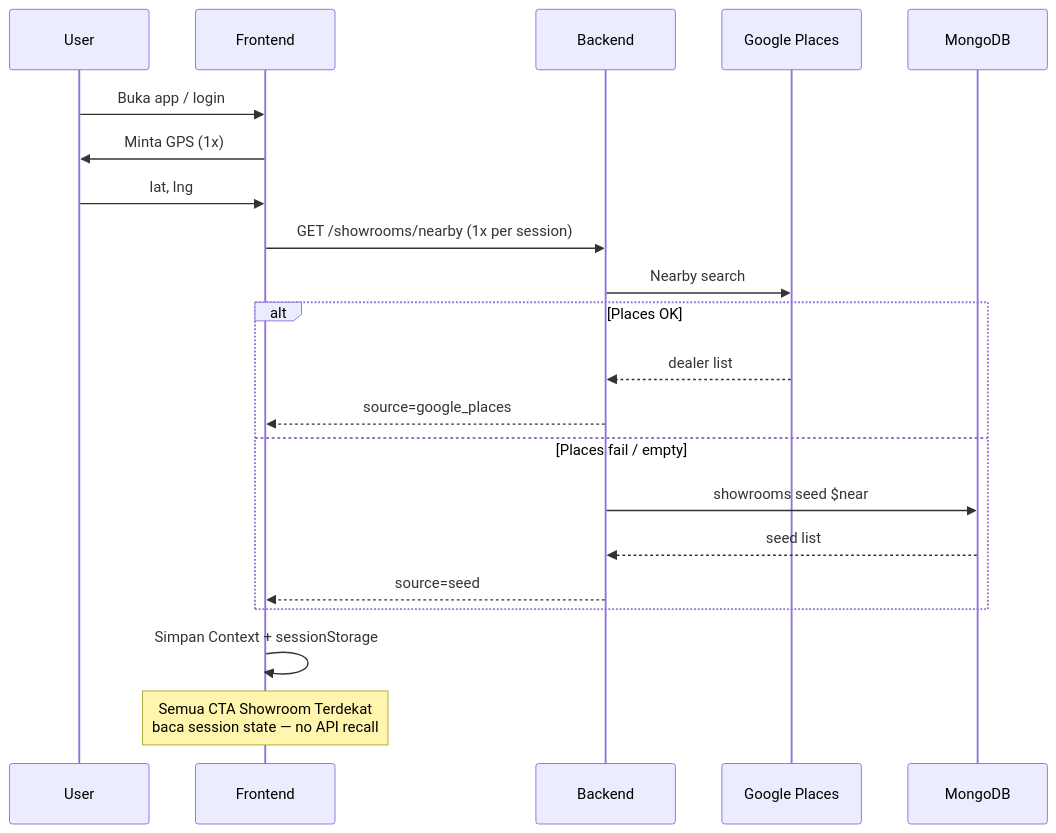
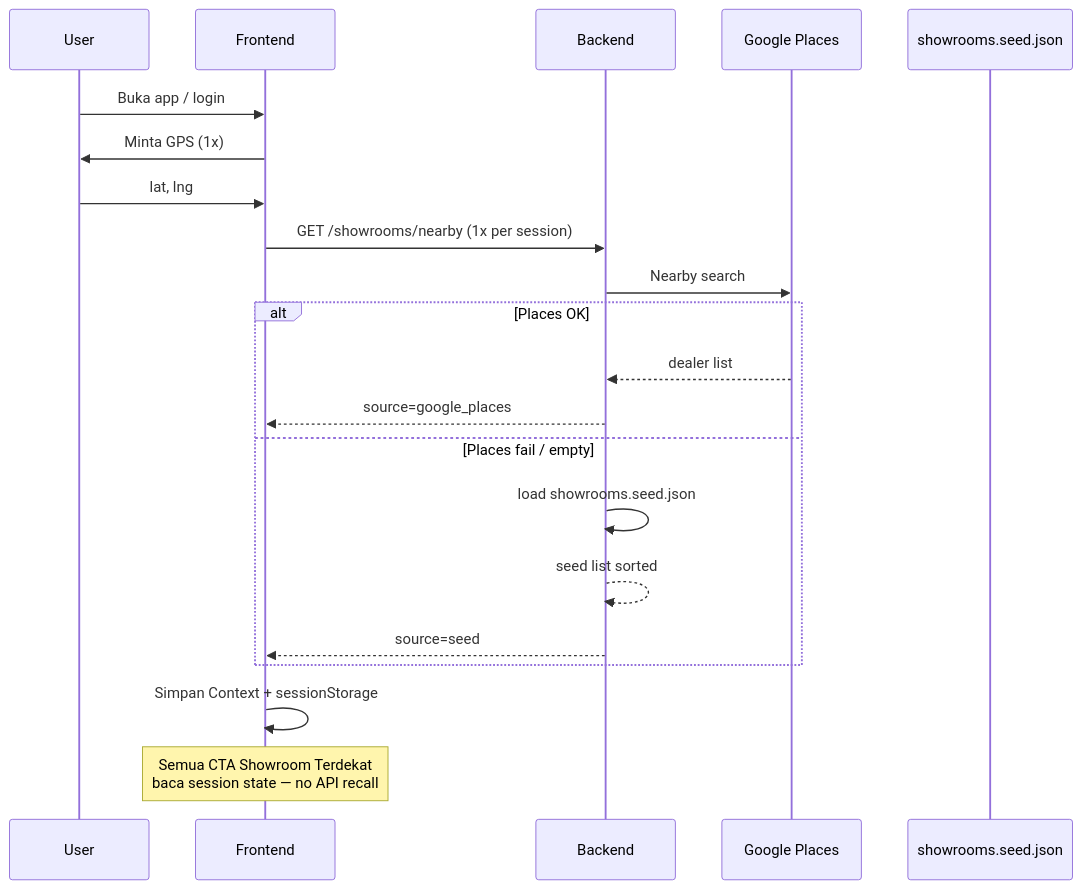
The third of 4 diagrams in PRD.md (Final-Project-97/FinalProject97), drawn with Mermaid before and after one commit. The commit also changed other lines of this file and 2 other files, not shown here.

Commit message:
chore: Rev Final PRD, ERD, Schema

````diff
--- a/PRD.md
+++ b/PRD.md
@@ -428,25 +428,25 @@
 ```mermaid
 sequenceDiagram
     participant U as User
     participant FE as Frontend
     participant BE as Backend
     participant GP as Google Places
-    participant DB as MongoDB
+    participant Seed as showrooms.seed.json
 
     U->>FE: Buka app / login
     FE->>U: Minta GPS (1x)
     U->>FE: lat, lng
     FE->>BE: GET /showrooms/nearby (1x per session)
     BE->>GP: Nearby search
     alt Places OK
         GP-->>BE: dealer list
         BE-->>FE: source=google_places
     else Places fail / empty
-        BE->>DB: showrooms seed $near
-        DB-->>BE: seed list
+        BE->>BE: load showrooms.seed.json
+        BE-->>BE: seed list sorted
         BE-->>FE: source=seed
     end
     FE->>FE: Simpan Context + sessionStorage
 
     Note over FE: Semua CTA Showroom Terdekat<br/>baca session state — no API recall
 ```
````
